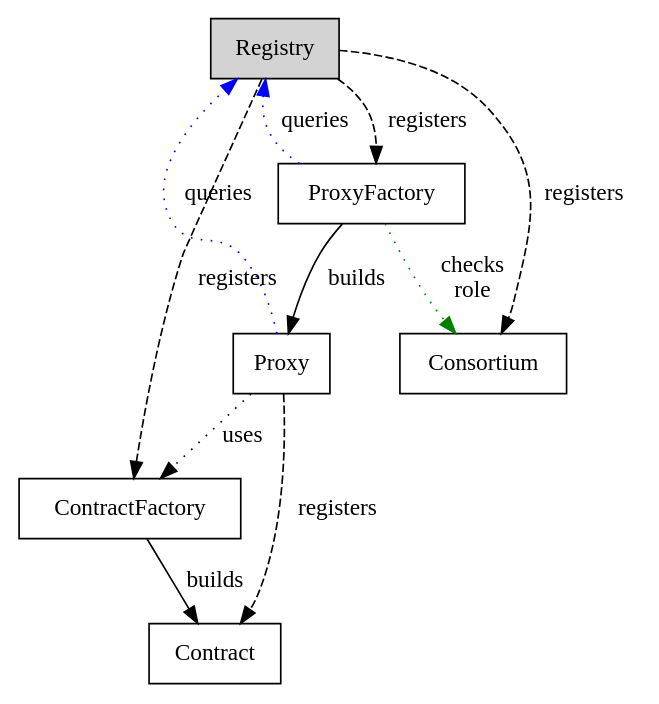
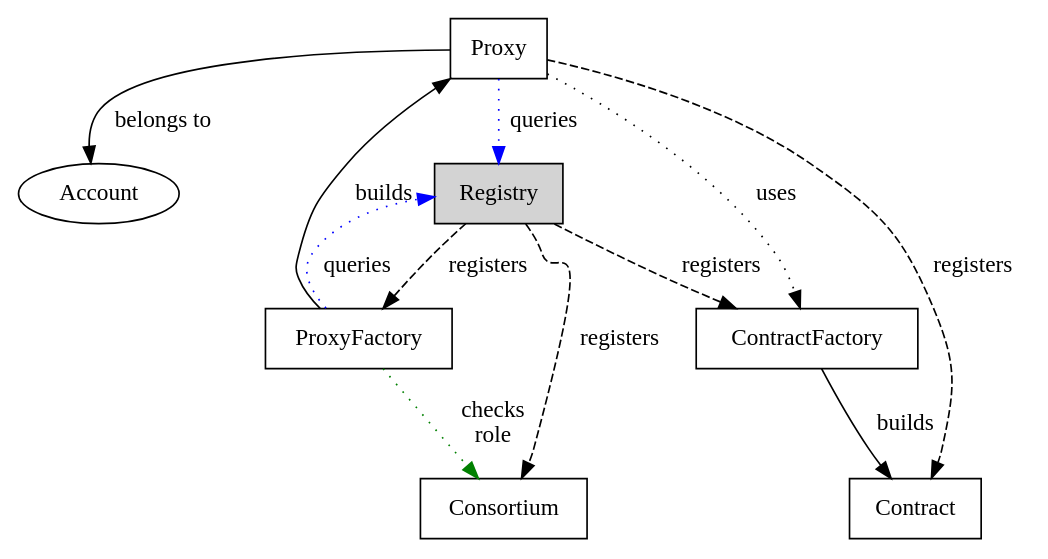
Before and after one commit to garb64/meta-bc: the diagram in truffle-project/dot/contracts.dot, drawn with Graphviz. The commit also changed 9 other files, not shown here.

Commit message:
proxy belongs to account

```diff
--- a/truffle-project/dot/contracts.dot
+++ b/truffle-project/dot/contracts.dot
@@ -1,12 +1,14 @@
 digraph Contracts {
+    Account;
     node [shape = box];
     Registry [style=filled];
     Registry -> { ContractFactory; ProxyFactory; Consortium } [style=dashed, label="registers"]
     ContractFactory -> Contract [label="builds"];
     ProxyFactory -> Consortium [style=dotted, label="checks\nrole", color=green];
     ProxyFactory -> Registry [style=dotted, label="queries", color=blue];
     ProxyFactory -> Proxy [label="builds"];
     Proxy -> Registry [style=dotted; label="queries", color=blue];
     Proxy -> ContractFactory [style=dotted, label="uses"];
     Proxy -> Contract [style=dashed, label="registers"];
+    Proxy -> Account [label="belongs to"];
 }
```
